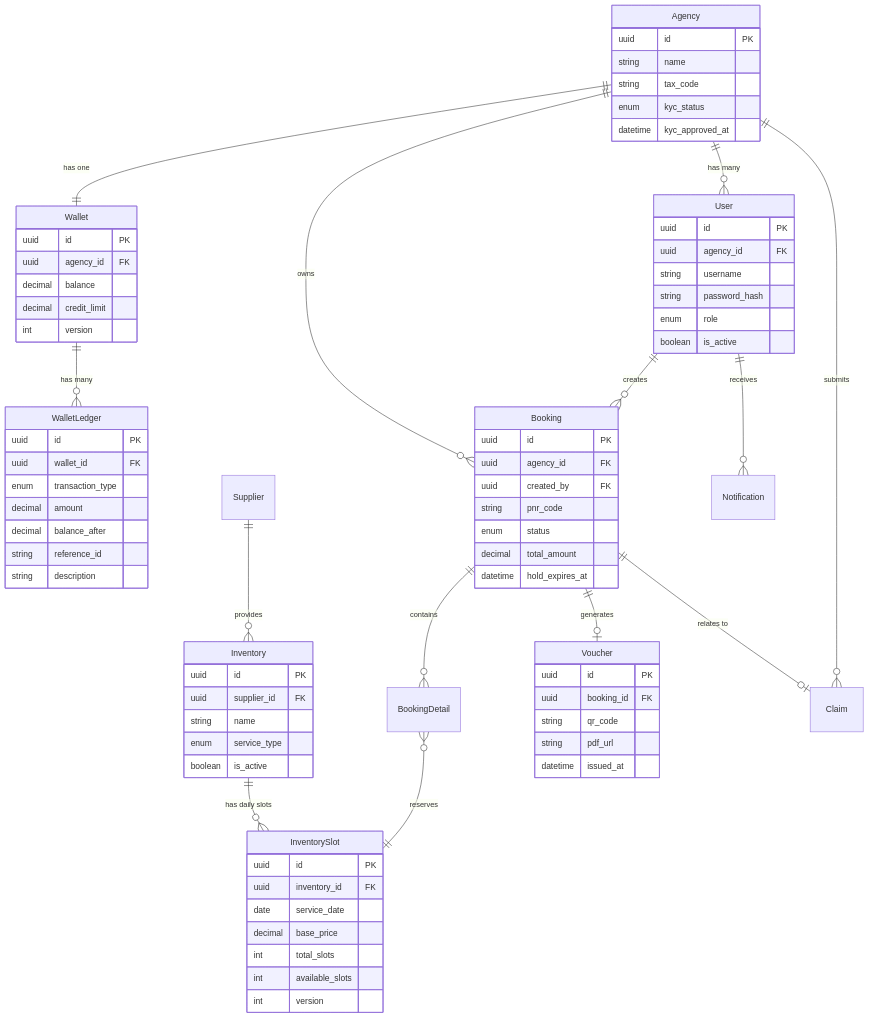
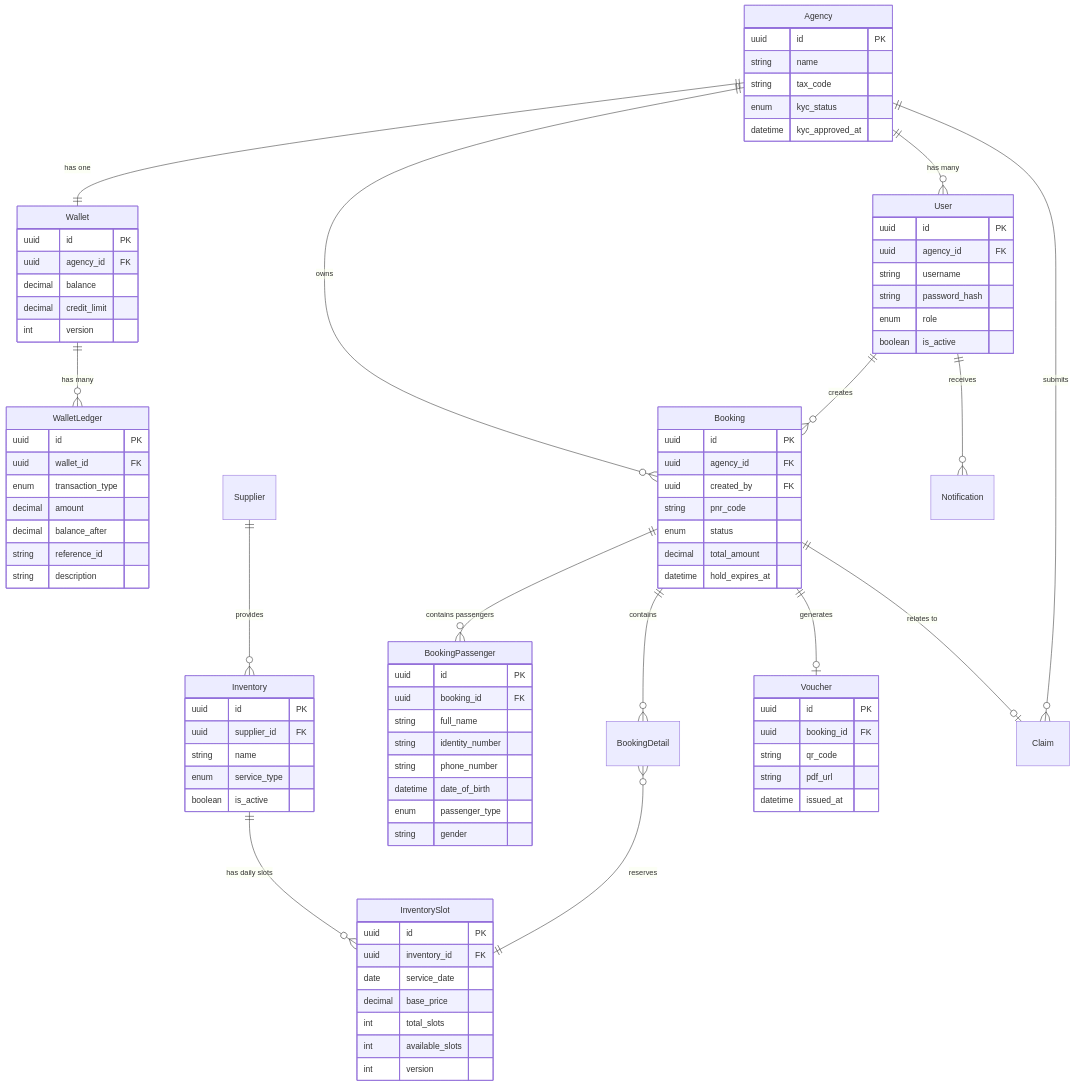
The eighth of 8 diagrams in docs/Kiến trúc phần mềm/README.md (thanh-16/B2B_Tour), drawn with Mermaid before and after one commit. The commit also changed other lines of this file and 9 other files, not shown here.

```diff
--- a/docs/Kiến trúc phần mềm/README.md
+++ b/docs/Kiến trúc phần mềm/README.md
@@ -439,6 +440,7 @@
     User ||--o{ Booking : "creates"
     Agency ||--o{ Booking : "owns"
     Booking ||--o{ BookingDetail : "contains"
+    Booking ||--o{ BookingPassenger : "contains passengers"
     BookingDetail }o--|| InventorySlot : "reserves"
 
     Supplier ||--o{ Inventory : "provides"
@@ -494,6 +496,17 @@
         datetime hold_expires_at
     }
 
+    BookingPassenger {
+        uuid id PK
+        uuid booking_id FK
+        string full_name
+        string identity_number
+        string phone_number
+        datetime date_of_birth
+        enum passenger_type
+        string gender
+    }
+
     Inventory {
         uuid id PK
         uuid supplier_id FK
```
